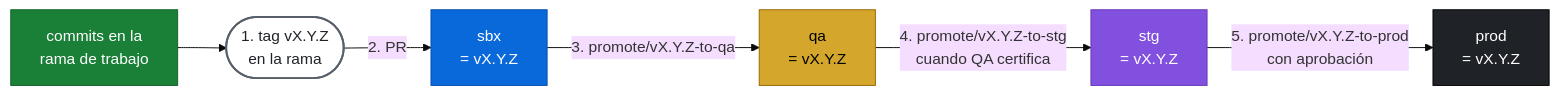
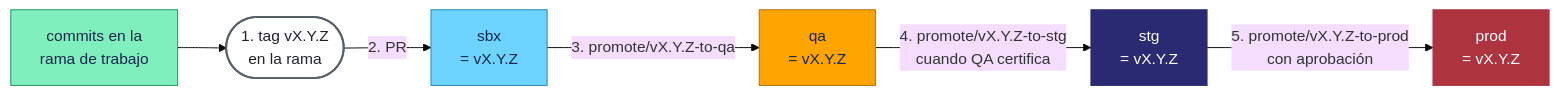
Before and after one commit to dazanez/estrategia-ramas-git: the second of 11 diagrams in ESTRATEGIA-RAMAS.md, drawn with Mermaid (base theme). The commit also changed other lines of this file and 16 other files, not shown here.

````diff
--- a/ESTRATEGIA-RAMAS.md
+++ b/ESTRATEGIA-RAMAS.md
@@ -59,20 +60,20 @@
 ```mermaid
 flowchart LR
     C["commits en la<br/>rama de trabajo"] --> T(["1. tag vX.Y.Z<br/>en la rama"])
     T -->|"2. PR"| SBX["sbx<br/>= vX.Y.Z"]
     SBX -->|"3. promote/vX.Y.Z-to-qa"| QA["qa<br/>= vX.Y.Z"]
     QA -->|"4. promote/vX.Y.Z-to-stg<br/>cuando QA certifica"| STG["stg<br/>= vX.Y.Z"]
     STG -->|"5. promote/vX.Y.Z-to-prod<br/>con aprobación"| PROD["prod<br/>= vX.Y.Z"]
-    classDef trabajo fill:#1a7f37,color:#fff,stroke:#116329
+    classDef trabajo fill:#7FEFBD,color:#14264B,stroke:#1F9467
     classDef tag fill:#ffffff,color:#1f2328,stroke:#57606a,stroke-width:2px
-    classDef sbx fill:#0969da,color:#fff,stroke:#0550ae
-    classDef qa fill:#d4a72c,color:#000,stroke:#9a6700
-    classDef stg fill:#8250df,color:#fff,stroke:#6639ba
-    classDef prod fill:#1f2328,color:#fff,stroke:#000
+    classDef sbx fill:#6CD4FF,color:#14264B,stroke:#1E88B8
+    classDef qa fill:#FFA400,color:#14264B,stroke:#B36F00
+    classDef stg fill:#2A2A72,color:#FFFFFF,stroke:#2A2A72
+    classDef prod fill:#AD343E,color:#FFFFFF,stroke:#AD343E
     class C trabajo
     class T tag
     class SBX sbx
     class QA qa
     class STG stg
     class PROD prod
 ```
````
